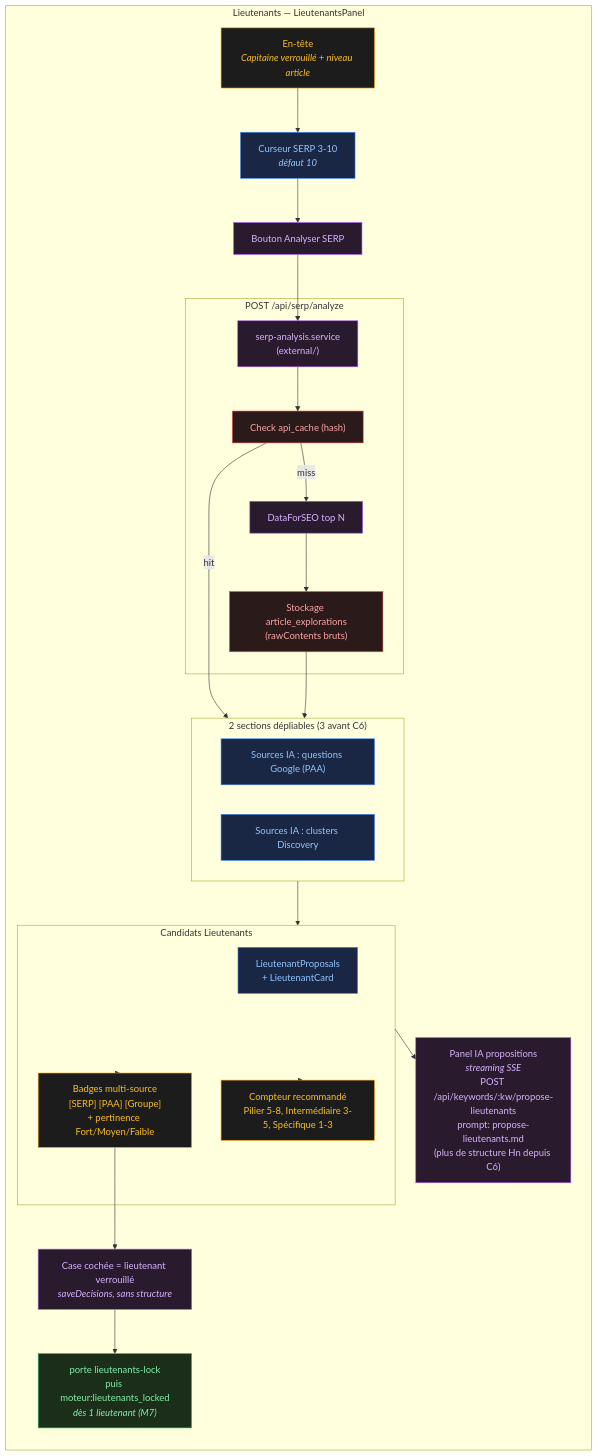
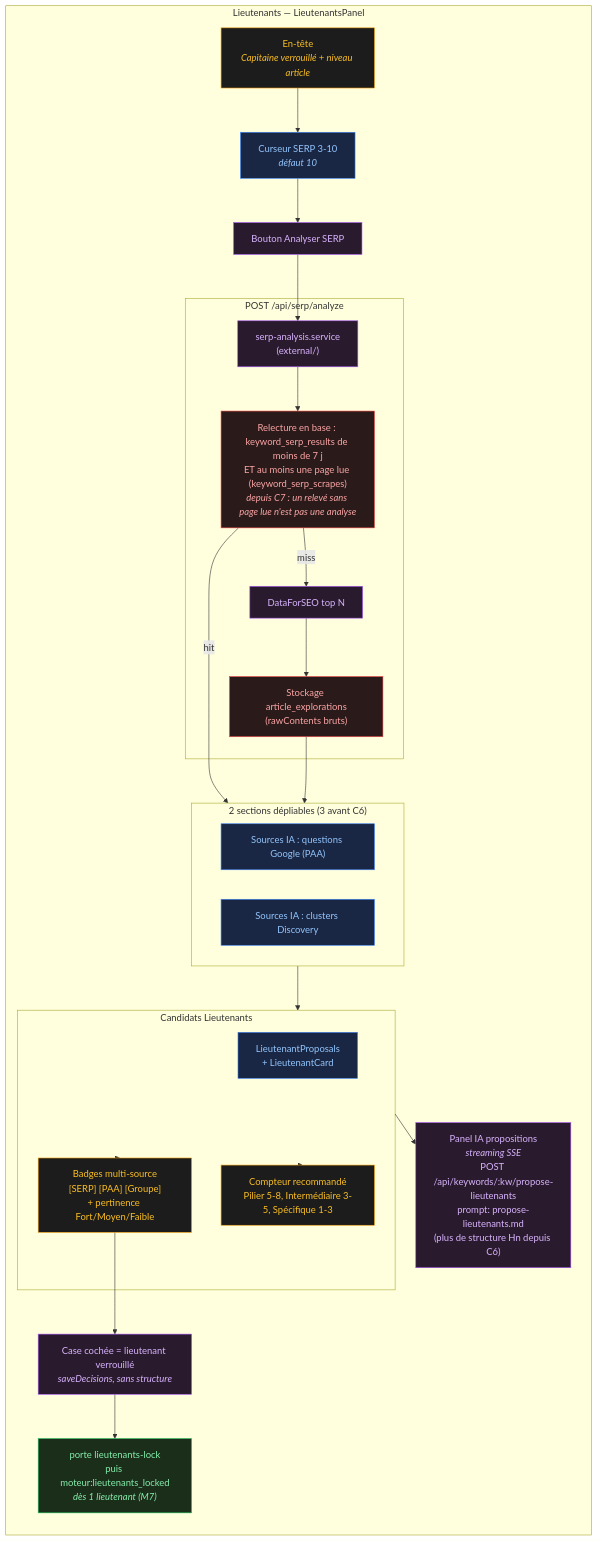
One commit to annubis-knight/Blog_Redactor_SEO changed the fifth of 15 diagrams in docs/moteur-data-flow.md. Above: the diagram before and after it, drawn with Mermaid. The commit also changed other lines of this file and 20 other files, not shown here.

````diff
--- a/docs/moteur-data-flow.md
+++ b/docs/moteur-data-flow.md
@@ -302,53 +302,53 @@
 ```mermaid
 flowchart LR
   classDef tab fill:#1a2744,stroke:#3b82f6,color:#93c5fd
   classDef data fill:#1c1c1c,stroke:#f59e0b,color:#fbbf24
   classDef action fill:#2a1a2e,stroke:#a855f7,color:#d8b4fe
   classDef cache fill:#2a1a1a,stroke:#ef4444,color:#fca5a5
   classDef emit fill:#1a2e1a,stroke:#22c55e,color:#86efac
 
   subgraph LT["Lieutenants — LieutenantsPanel"]
     direction TB
 
     HEAD["En-tête<br/><i>Capitaine verrouillé + niveau article</i>"]:::data
     CURSOR["Curseur SERP 3-10<br/><i>défaut 10</i>"]:::tab
     BTN["Bouton Analyser SERP"]:::action
 
     subgraph API["POST /api/serp/analyze"]
       SRV["serp-analysis.service<br/>(external/)"]:::action
-      CK["Check api_cache (hash)"]:::cache
+      CK["Relecture en base : keyword_serp_results de moins de 7 j<br/>ET au moins une page lue (keyword_serp_scrapes)<br/><i>depuis C7 : un relevé sans page lue n'est pas une analyse</i>"]:::cache
       DFSEO["DataForSEO top N"]:::action
       STORE_DB["Stockage article_explorations<br/>(rawContents bruts)"]:::cache
     end
 
     subgraph SECTIONS["2 sections dépliables (3 avant C6)"]
       PAA["Sources IA : questions Google (PAA)"]:::tab
       GROUPS["Sources IA : clusters Discovery"]:::tab
     end
 
     subgraph CANDIDATS["Candidats Lieutenants"]
       LPROP["LieutenantProposals<br/>+ LieutenantCard"]:::tab
       BADGES["Badges multi-source<br/>[SERP] [PAA] [Groupe]<br/>+ pertinence Fort/Moyen/Faible"]:::data
       COUNT["Compteur recommandé<br/>Pilier 5-8, Intermédiaire 3-5, Spécifique 1-3"]:::data
     end
 
     AI_LT["Panel IA propositions<br/><i>streaming SSE</i><br/>POST /api/keywords/:kw/propose-lieutenants<br/>prompt: propose-lieutenants.md<br/>(plus de structure Hn depuis C6)"]:::action
     VALIDATE["Case cochée = lieutenant verrouillé<br/><i>saveDecisions, sans structure</i>"]:::action
     CHECK["porte lieutenants-lock<br/>puis moteur:lieutenants_locked<br/><i>dès 1 lieutenant (M7)</i>"]:::emit
 
     HEAD --> CURSOR
     CURSOR --> BTN
     BTN --> SRV
     SRV --> CK
     CK -->|miss| DFSEO
     CK -->|hit| SECTIONS
     DFSEO --> STORE_DB
     STORE_DB --> SECTIONS
     SECTIONS --> CANDIDATS
     CANDIDATS --> BADGES
     CANDIDATS --> COUNT
     CANDIDATS --> AI_LT
     BADGES --> VALIDATE
     VALIDATE --> CHECK
   end
 ```
````
